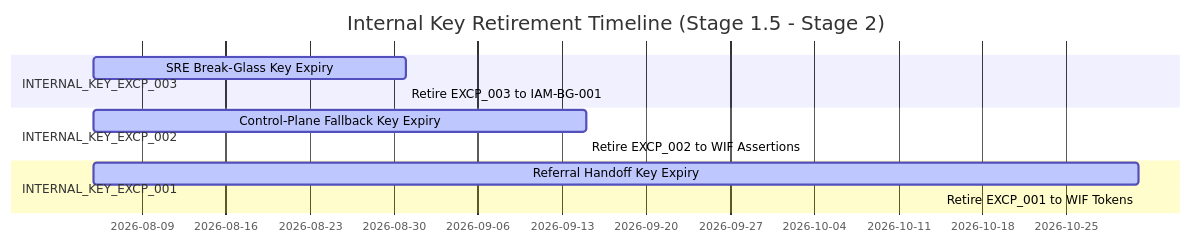
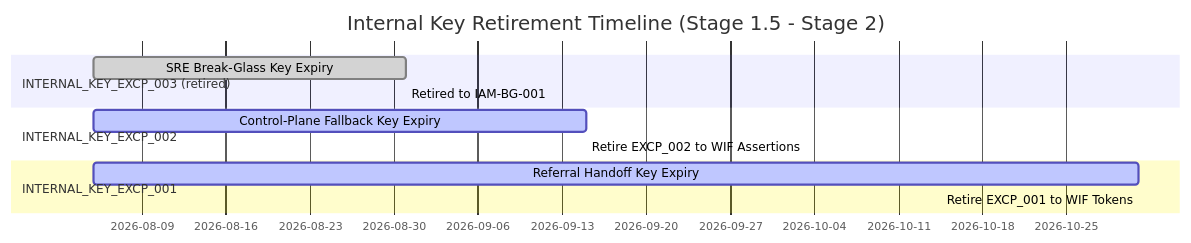
One commit to ajoe734/drts-fleet-platform changed the second of 2 diagrams in docs/02-architecture/internal-key-exceptions.md. Above: the diagram before and after it, drawn with Mermaid. The commit also changed other lines of this file and 4 other files, not shown here.

````diff
--- a/docs/02-architecture/internal-key-exceptions.md
+++ b/docs/02-architecture/internal-key-exceptions.md
@@ -93,14 +105,14 @@
 ```mermaid
 gantt
     title Internal Key Retirement Timeline (Stage 1.5 - Stage 2)
     dateFormat  YYYY-MM-DD
-    section INTERNAL_KEY_EXCP_003
-    SRE Break-Glass Key Expiry         :active, excp3, 2026-08-05, 2026-08-31
-    Retire EXCP_003 to IAM-BG-001      :crit, 2026-08-31, 2026-08-31
+    section INTERNAL_KEY_EXCP_003 (retired)
+    SRE Break-Glass Key Expiry         :done, excp3, 2026-08-05, 2026-08-31
+    Retired to IAM-BG-001              :done, 2026-08-31, 2026-08-31
     section INTERNAL_KEY_EXCP_002
     Control-Plane Fallback Key Expiry  :active, excp2, 2026-08-05, 2026-09-15
     Retire EXCP_002 to WIF Assertions  :crit, 2026-09-15, 2026-09-15
     section INTERNAL_KEY_EXCP_001
     Referral Handoff Key Expiry        :active, excp1, 2026-08-05, 2026-10-31
     Retire EXCP_001 to WIF Tokens      :crit, 2026-10-31, 2026-10-31
 ```
````
